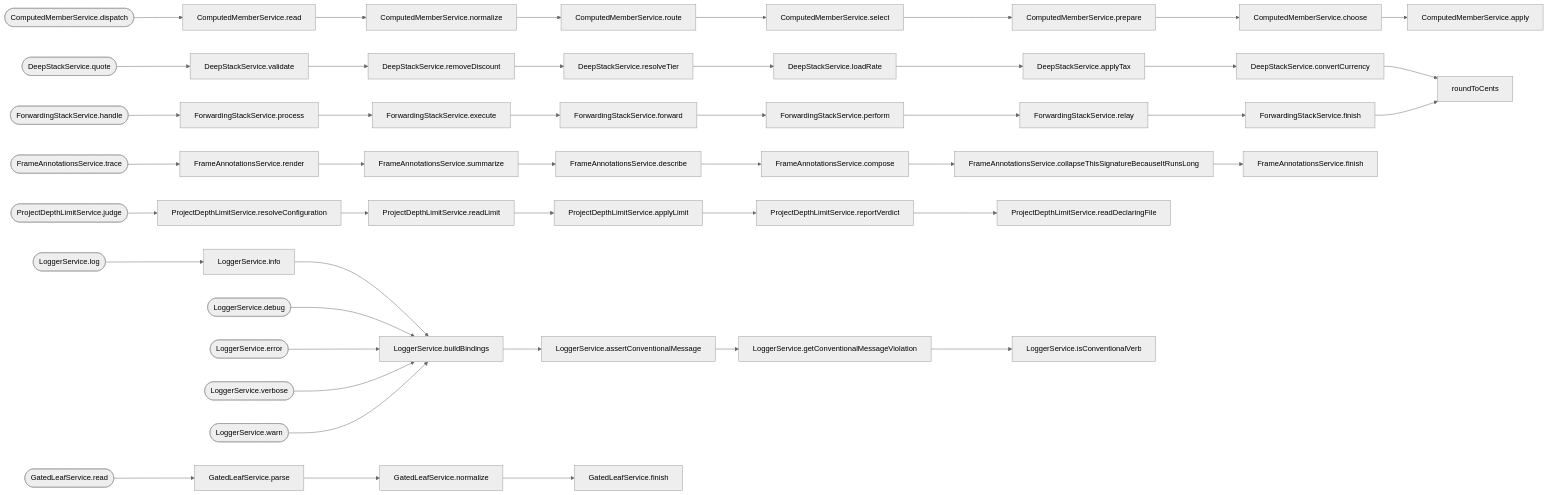
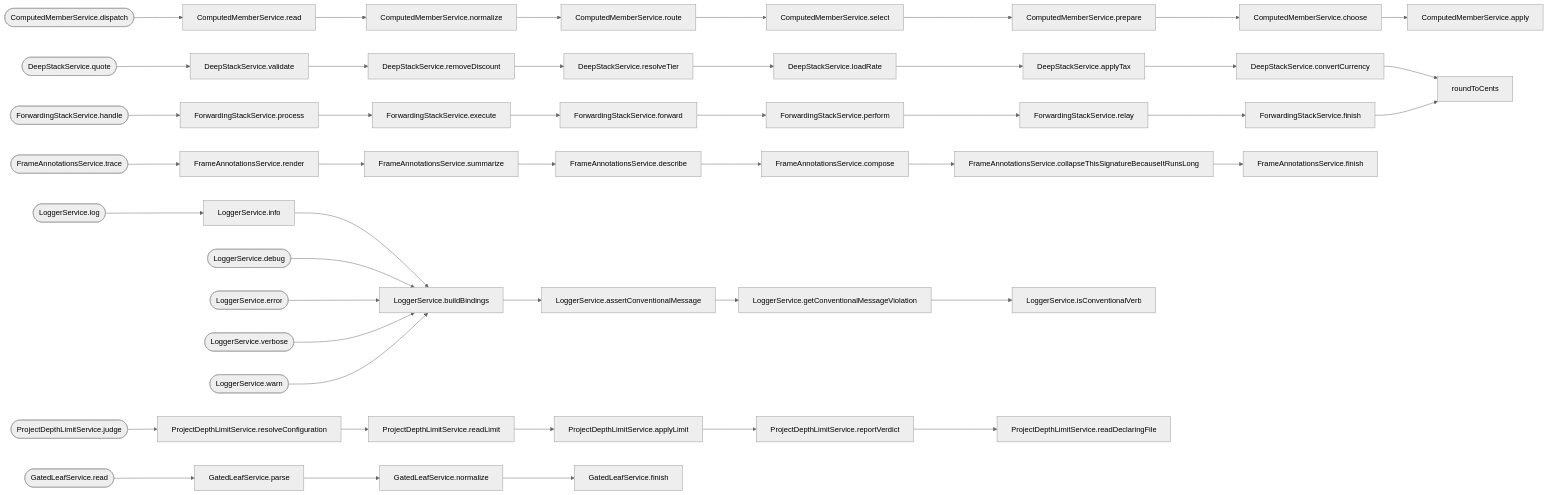
One commit to organizzolini/codebase changed the diagram in projects/ic-suite/callidescope/callidescope-examples/output/diagram.md. Above: the diagram before and after it, drawn with Mermaid (neutral theme). The commit also changed other lines of this file and 1393 other files, not shown here.

```diff
--- a/projects/ic-suite/callidescope/callidescope-examples/output/diagram.md
+++ b/projects/ic-suite/callidescope/callidescope-examples/output/diagram.md
@@ -71,18 +74,18 @@
   n27["FrameAnnotationsService.compose"]
   n28["FrameAnnotationsService.collapseThisSignatureBecauseItRunsLong"]
   n29["FrameAnnotationsService.finish"]
-  n30(["ProjectDepthLimitService.judge"])
-  n31["ProjectDepthLimitService.resolveConfiguration"]
-  n32["ProjectDepthLimitService.readLimit"]
-  n33["ProjectDepthLimitService.applyLimit"]
-  n34["ProjectDepthLimitService.reportVerdict"]
-  n35["ProjectDepthLimitService.readDeclaringFile"]
-  n36(["LoggerService.log"])
-  n37["LoggerService.info"]
-  n38["LoggerService.buildBindings"]
-  n39["LoggerService.assertConventionalMessage"]
-  n40["LoggerService.getConventionalMessageViolation"]
-  n41["LoggerService.isConventionalVerb"]
+  n30(["LoggerService.log"])
+  n31["LoggerService.info"]
+  n32["LoggerService.buildBindings"]
+  n33["LoggerService.assertConventionalMessage"]
+  n34["LoggerService.getConventionalMessageViolation"]
+  n35["LoggerService.isConventionalVerb"]
+  n36(["ProjectDepthLimitService.judge"])
+  n37["ProjectDepthLimitService.resolveConfiguration"]
+  n38["ProjectDepthLimitService.readLimit"]
+  n39["ProjectDepthLimitService.applyLimit"]
+  n40["ProjectDepthLimitService.reportVerdict"]
+  n41["ProjectDepthLimitService.readDeclaringFile"]
   n42(["LoggerService.debug"])
   n43(["LoggerService.error"])
   n44(["LoggerService.verbose"])
@@ -128,10 +131,10 @@
   n38 --> n39
   n39 --> n40
   n40 --> n41
-  n42 --> n38
-  n43 --> n38
-  n44 --> n38
-  n45 --> n38
+  n42 --> n32
+  n43 --> n32
+  n44 --> n32
+  n45 --> n32
   n46 --> n47
   n47 --> n48
   n48 --> n49
```
